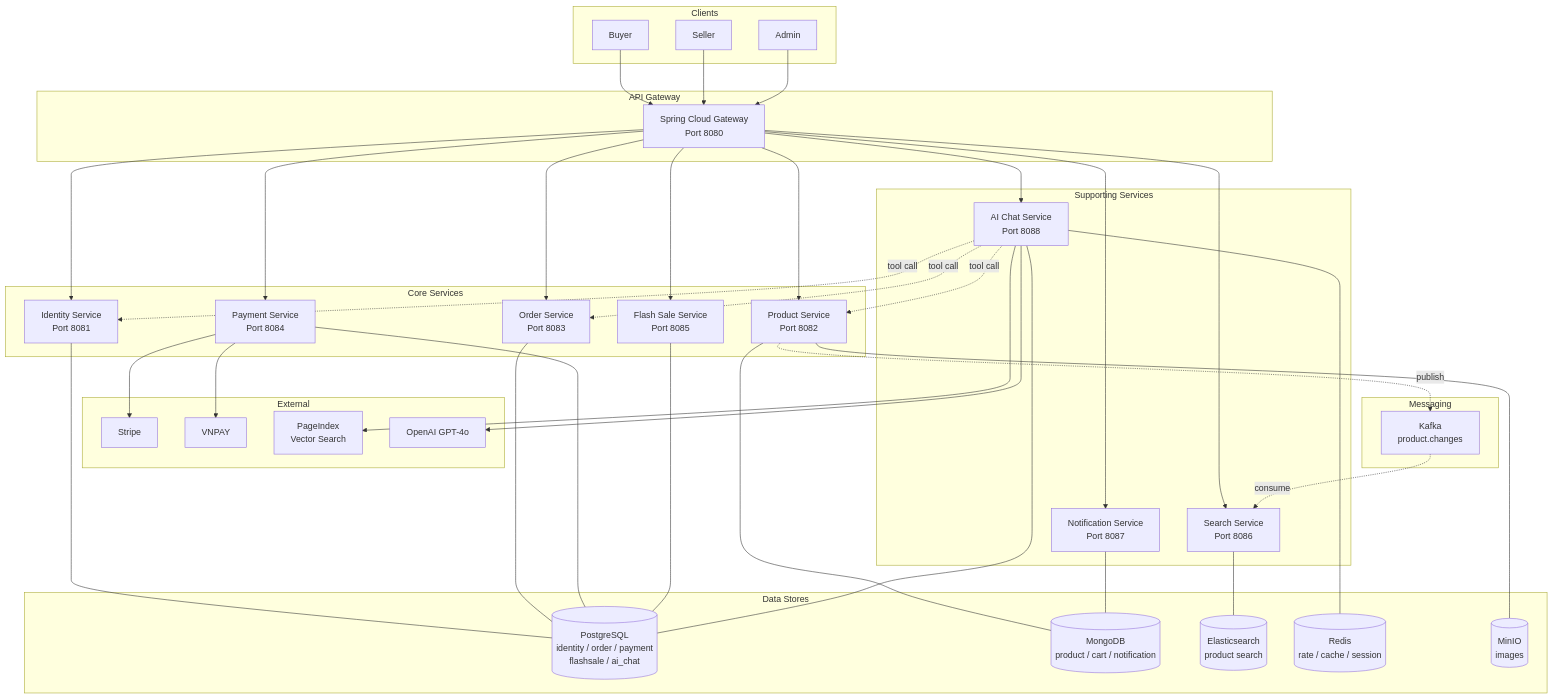
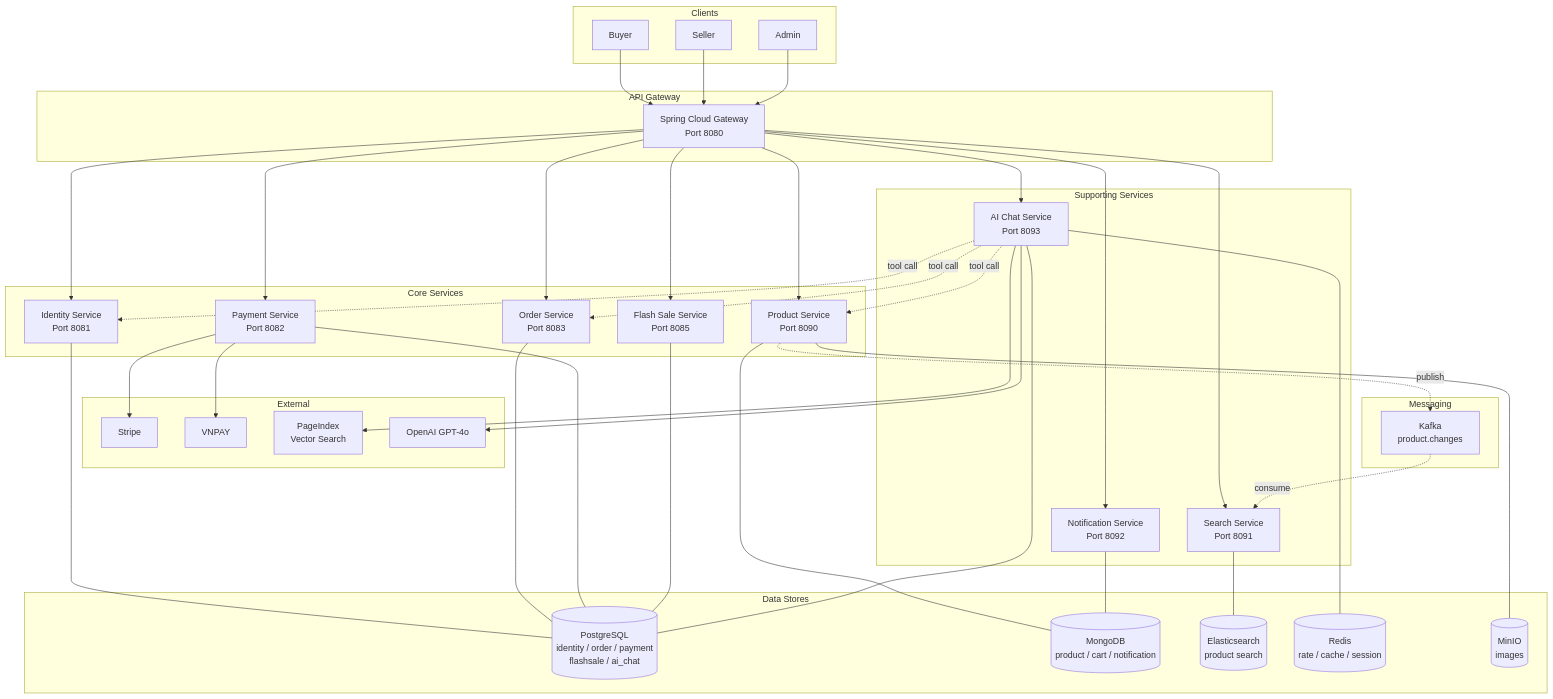
One commit to ldqanh1408/stealing-from-paradise changed the third of 4 diagrams in docs/diagrams/00_service_architecture.md. Above: the diagram before and after it, drawn with Mermaid. The commit also changed other lines of this file and 30 other files, not shown here.

````diff
--- a/docs/diagrams/00_service_architecture.md
+++ b/docs/diagrams/00_service_architecture.md
@@ -114,75 +114,75 @@
 ```mermaid
 flowchart TB
     subgraph "Clients"
         B[Buyer]
         S[Seller]
         A[Admin]
     end
 
     subgraph "API Gateway"
         GW[Spring Cloud Gateway\nPort 8080]
     end
 
     subgraph "Core Services"
         IS[Identity Service\nPort 8081]
-        PS[Product Service\nPort 8082]
+        PS[Product Service\nPort 8090]
         OS[Order Service\nPort 8083]
-        PM[Payment Service\nPort 8084]
+        PM[Payment Service\nPort 8082]
         FS[Flash Sale Service\nPort 8085]
     end
 
     subgraph "Supporting Services"
-        SS[Search Service\nPort 8086]
-        NS[Notification Service\nPort 8087]
-        AI[AI Chat Service\nPort 8088]
+        SS[Search Service\nPort 8091]
+        NS[Notification Service\nPort 8092]
+        AI[AI Chat Service\nPort 8093]
     end
 
     subgraph "Data Stores"
         PGSQL[(PostgreSQL\nidentity / order / payment\nflashsale / ai_chat)]
         MONGO[(MongoDB\nproduct / cart / notification)]
         ES[(Elasticsearch\nproduct search)]
         REDIS[(Redis\nrate / cache / session)]
         MINIO[(MinIO\nimages)]
     end
 
     subgraph "External"
         STRIPE[Stripe]
         VNPAY[VNPAY]
         PI[PageIndex\nVector Search]
         LLM[OpenAI GPT-4o]
     end
 
     subgraph "Messaging"
         KAFKA[Kafka\nproduct.changes]
     end
 
     B --> GW
     S --> GW
     A --> GW
     GW --> IS & PS & OS & PM & FS & SS & NS & AI
 
     IS --- PGSQL
     OS --- PGSQL
     PM --- PGSQL
     FS --- PGSQL
     AI --- PGSQL
 
     PS --- MONGO
     NS --- MONGO
 
     SS --- ES
     AI --- REDIS
     PS --- MINIO
 
     PM --> STRIPE
     PM --> VNPAY
     AI --> PI
     AI --> LLM
 
     PS -.->|publish| KAFKA
     KAFKA -.->|consume| SS
 
     AI -.->|tool call| OS
     AI -.->|tool call| PS
     AI -.->|tool call| IS
 ```
````
